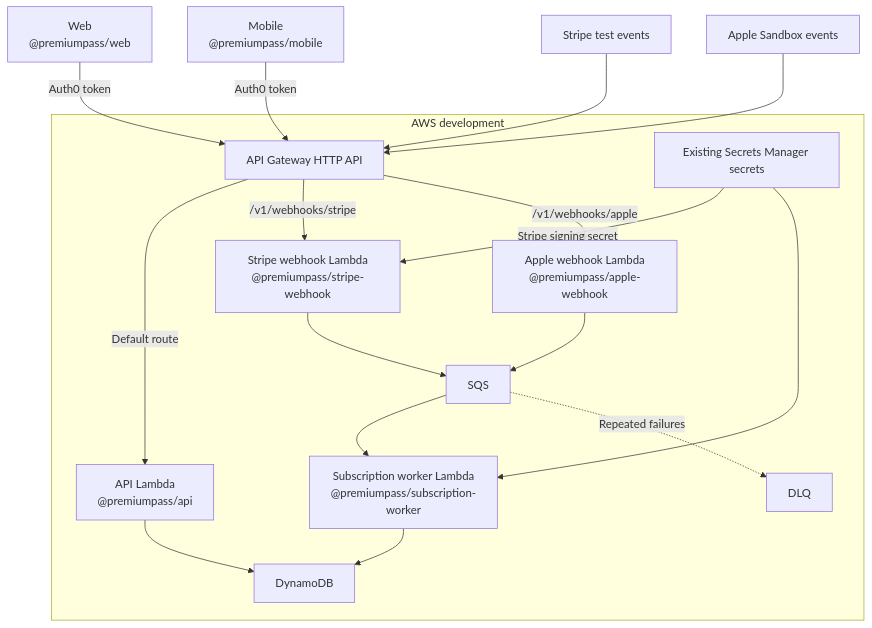
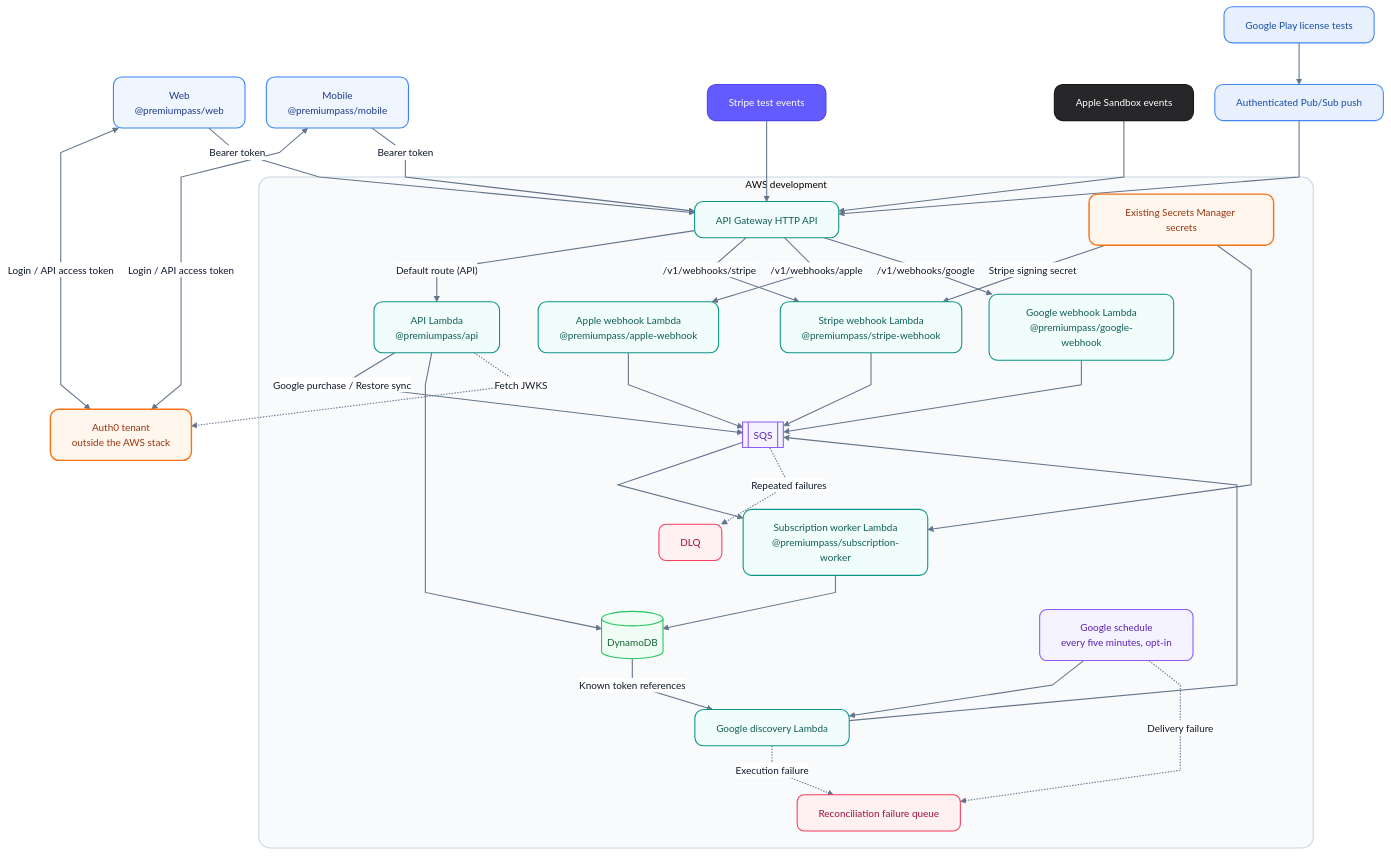
One commit to phillippbertram/subscription-consolidation-workshop changed the second of 2 diagrams in docs/ARCHITECTURE.md. Above: the diagram before and after it, drawn with Mermaid. The commit also changed other lines of this file and 11 other files, not shown here.

First line of the commit message:
docs: add Google Play purchase support plan

````diff
--- a/docs/ARCHITECTURE.md
+++ b/docs/ARCHITECTURE.md
@@ -80,28 +141,81 @@
 ```mermaid
+---
+config:
+  theme: base
+  themeVariables:
+    fontFamily: Arial, Helvetica, sans-serif
+    fontSize: 14px
+    primaryTextColor: '#0f172a'
+    lineColor: '#64748b'
+    edgeLabelBackground: '#ffffff'
+    clusterBkg: '#f8fafc'
+    clusterBorder: '#cbd5e1'
+  flowchart:
+    curve: linear
+    nodeSpacing: 30
+    rankSpacing: 48
+---
 flowchart TB
-    Web["Web<br/>@premiumpass/web"] -->|"Auth0 token"| Gateway
-    Mobile["Mobile<br/>@premiumpass/mobile"] -->|"Auth0 token"| Gateway
+    Web["Web<br/>@premiumpass/web"] <-->|"Login / API access token"| Auth0["Auth0 tenant<br/>outside the AWS stack"]
+    Mobile["Mobile<br/>@premiumpass/mobile"] <-->|"Login / API access token"| Auth0
+    Web -->|"Bearer token"| Gateway
+    Mobile -->|"Bearer token"| Gateway
     Stripe["Stripe test events"] --> Gateway
     Apple["Apple Sandbox events"] --> Gateway
+    Google["Google Play license tests"] --> PubSub["Authenticated Pub/Sub push"] --> Gateway
     subgraph AWS["AWS development"]
         Gateway["API Gateway HTTP API"]
         API["API Lambda<br/>@premiumpass/api"]
         StripeHook["Stripe webhook Lambda<br/>@premiumpass/stripe-webhook"]
         AppleHook["Apple webhook Lambda<br/>@premiumpass/apple-webhook"]
-        Queue["SQS"]
+        GoogleHook["Google webhook Lambda<br/>@premiumpass/google-webhook"]
+        Queue[["SQS"]]
         Worker["Subscription worker Lambda<br/>@premiumpass/subscription-worker"]
-        DB["DynamoDB"]
+        DB[("DynamoDB")]
         DLQ["DLQ"]
         Secrets["Existing Secrets Manager secrets"]
-        Gateway -->|"Default route"| API
+        Gateway -->|"Default route (API)"| API
         Gateway -->|"/v1/webhooks/stripe"| StripeHook
         Gateway -->|"/v1/webhooks/apple"| AppleHook
+        Gateway -->|"/v1/webhooks/google"| GoogleHook
         StripeHook --> Queue
         AppleHook --> Queue
+        GoogleHook --> Queue
         Queue --> Worker --> DB
+        API -->|"Google purchase / Restore sync"| Queue
         API --> DB
+        Schedule["Google schedule<br/>every five minutes, opt-in"] --> Discovery["Google discovery Lambda"]
+        DB -->|"Known token references"| Discovery --> Queue
+        Schedule -.->|"Delivery failure"| ReconciliationDLQ["Reconciliation failure queue"]
+        Discovery -.->|"Execution failure"| ReconciliationDLQ
         Queue -.->|"Repeated failures"| DLQ
         Secrets -->|"Stripe signing secret"| StripeHook
         Secrets --> Worker
     end
+    API -.->|"Fetch JWKS"| Auth0
+    classDef default fill:#f8fafc,stroke:#94a3b8,color:#0f172a,stroke-width:1.5px,rx:10,ry:10
+    classDef client fill:#eff6ff,stroke:#3b82f6,color:#1e3a8a,stroke-width:1.5px,rx:12,ry:12
+    classDef identity fill:#fff7ed,stroke:#f97316,color:#9a3412,stroke-width:2px,rx:12,ry:12
+    classDef service fill:#f0fdfa,stroke:#0d9488,color:#115e59,stroke-width:1.5px,rx:12,ry:12
+    classDef queue fill:#f5f3ff,stroke:#8b5cf6,color:#5b21b6,stroke-width:1.5px,rx:10,ry:10
+    classDef data fill:#f0fdf4,stroke:#22c55e,color:#166534,stroke-width:1.5px
+    classDef failure fill:#fff1f2,stroke:#f43f5e,color:#9f1239,stroke-width:1.5px,rx:10,ry:10
+    classDef stripe fill:#635bff,stroke:#4f46e5,color:#ffffff,stroke-width:1.5px,rx:12,ry:12
+    classDef apple fill:#27272a,stroke:#18181b,color:#ffffff,stroke-width:1.5px,rx:12,ry:12
+    classDef google fill:#e8f0fe,stroke:#4285f4,color:#174ea6,stroke-width:1.5px,rx:12,ry:12
+    linkStyle default stroke:#64748b,stroke-width:1.5px
+    class Web,Mobile client
+    class Auth0 identity
+    class API,StripeHook,AppleHook,GoogleHook,Worker service
+    class Queue queue
+    class DB data
+    class Stripe stripe
+    class Apple apple
+    class Google,PubSub google
+    class Gateway service
+    class Discovery service
+    class Schedule queue
+    class DLQ,ReconciliationDLQ failure
+    class Secrets identity
+    style AWS fill:#f8fafc,stroke:#cbd5e1,stroke-width:1.5px,rx:16,ry:16
 ```
````
